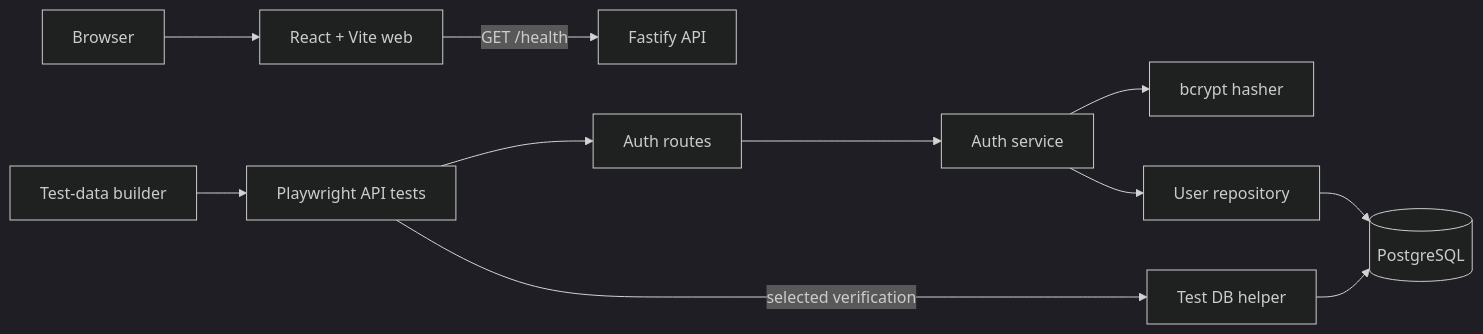
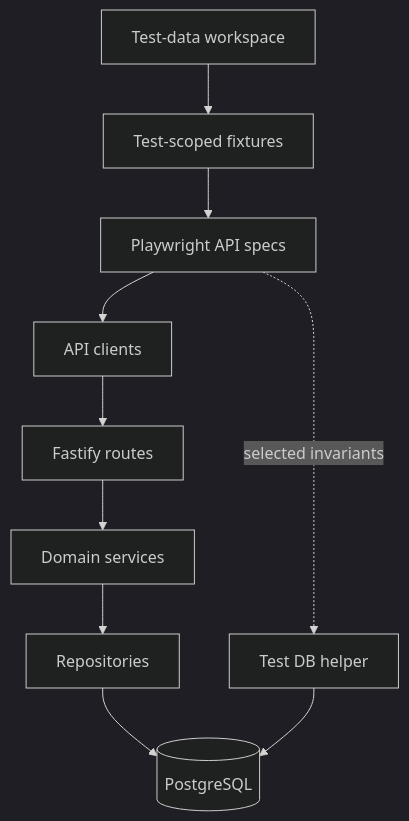
One commit to ldmrtnll-arch/releaseguard-sdet changed the first of 2 diagrams in docs/architecture.md. Above: the diagram before and after it, drawn with Mermaid (dark theme). The commit also changed other lines of this file and 34 other files, not shown here.

Commit message:
feat: add subscription domain and api automation

````diff
--- a/docs/architecture.md
+++ b/docs/architecture.md
@@ -5,13 +5,12 @@
 ```mermaid
-flowchart LR
-  Browser[Browser] --> Web[React + Vite web]
-  Web -->|GET /health| API[Fastify API]
-  PW[Playwright API tests] --> AuthRoutes[Auth routes]
-  AuthRoutes --> AuthService[Auth service]
-  AuthService --> Hasher[bcrypt hasher]
-  AuthService --> Repository[User repository]
-  Repository --> DB[(PostgreSQL)]
-  Builder[Test-data builder] --> PW
-  PW -->|selected verification| TestDB[Test DB helper]
-  TestDB --> DB
+flowchart TD
+  Specs[Playwright API specs] --> Clients[API clients]
+  Clients --> Routes[Fastify routes]
+  Routes --> Services[Domain services]
+  Services --> Repositories[Repositories]
+  Repositories --> DB[(PostgreSQL)]
+  Fixtures[Test-scoped fixtures] --> Specs
+  Builders[Test-data workspace] --> Fixtures
+  Specs -. selected invariants .-> DBHelper[Test DB helper]
+  DBHelper --> DB
 ```
````
